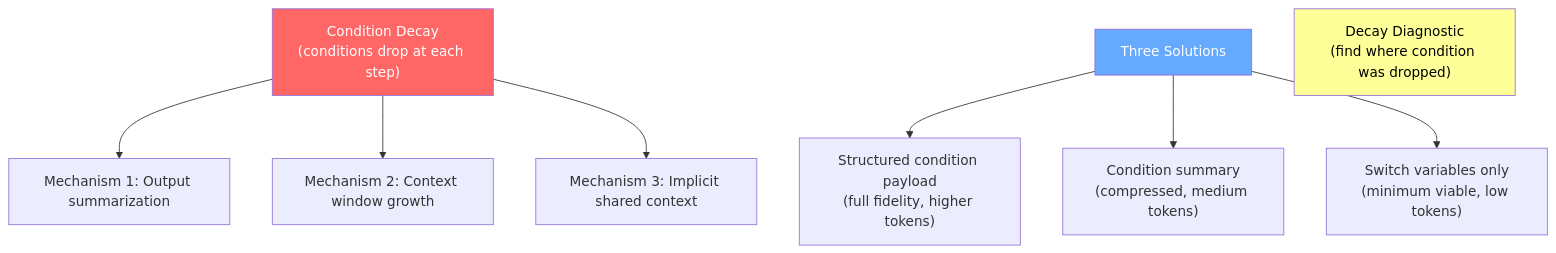
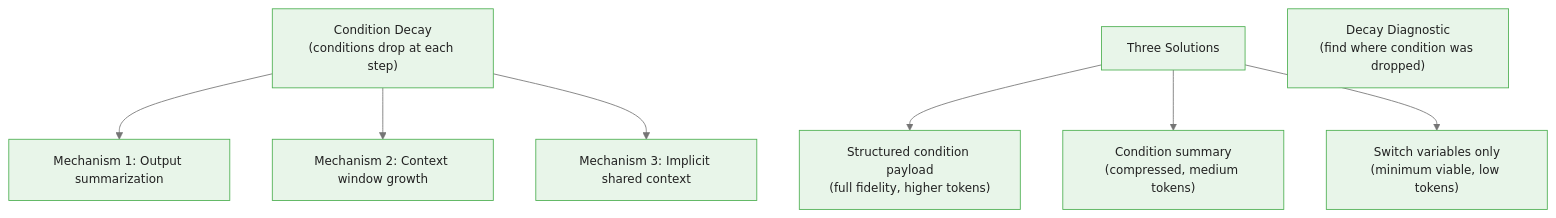
The third of 3 diagrams in courses/bayesian-prompt-engineering/modules/module_05_agents_workflows/guides/01_agent_conditioning_slides.md (m-deane/course-creator), drawn with Mermaid before and after one commit. The commit also changed other lines of this file and 53 other files, not shown here.

````diff
--- a/courses/bayesian-prompt-engineering/modules/module_05_agents_workflows/guides/01_agent_conditioning_slides.md
+++ b/courses/bayesian-prompt-engineering/modules/module_05_agents_workflows/guides/01_agent_conditioning_slides.md
@@ -346,16 +355,13 @@
 ```mermaid
+%%{init: {"theme": "base", "themeVariables": {"primaryColor": "#e8f5e9", "primaryBorderColor": "#4caf50", "primaryTextColor": "#212121", "secondaryColor": "#e3f2fd", "tertiaryColor": "#fff8e1", "lineColor": "#757575", "fontFamily": "Inter, sans-serif", "fontSize": "14px"}}}%%
 flowchart TD
     Problem["Condition Decay\n(conditions drop at each step)"] --> D1["Mechanism 1: Output summarization"]
     Problem --> D2["Mechanism 2: Context window growth"]
     Problem --> D3["Mechanism 3: Implicit shared context"]
 
     Solutions["Three Solutions"] --> S1["Structured condition payload\n(full fidelity, higher tokens)"]
     Solutions --> S2["Condition summary\n(compressed, medium tokens)"]
     Solutions --> S3["Switch variables only\n(minimum viable, low tokens)"]
 
     Diagnostic["Decay Diagnostic\n(find where condition was dropped)"]
-
-    style Problem fill:#f66,color:#fff
-    style Solutions fill:#6af,color:#fff
-    style Diagnostic fill:#ff9,color:#000
 ```
````
